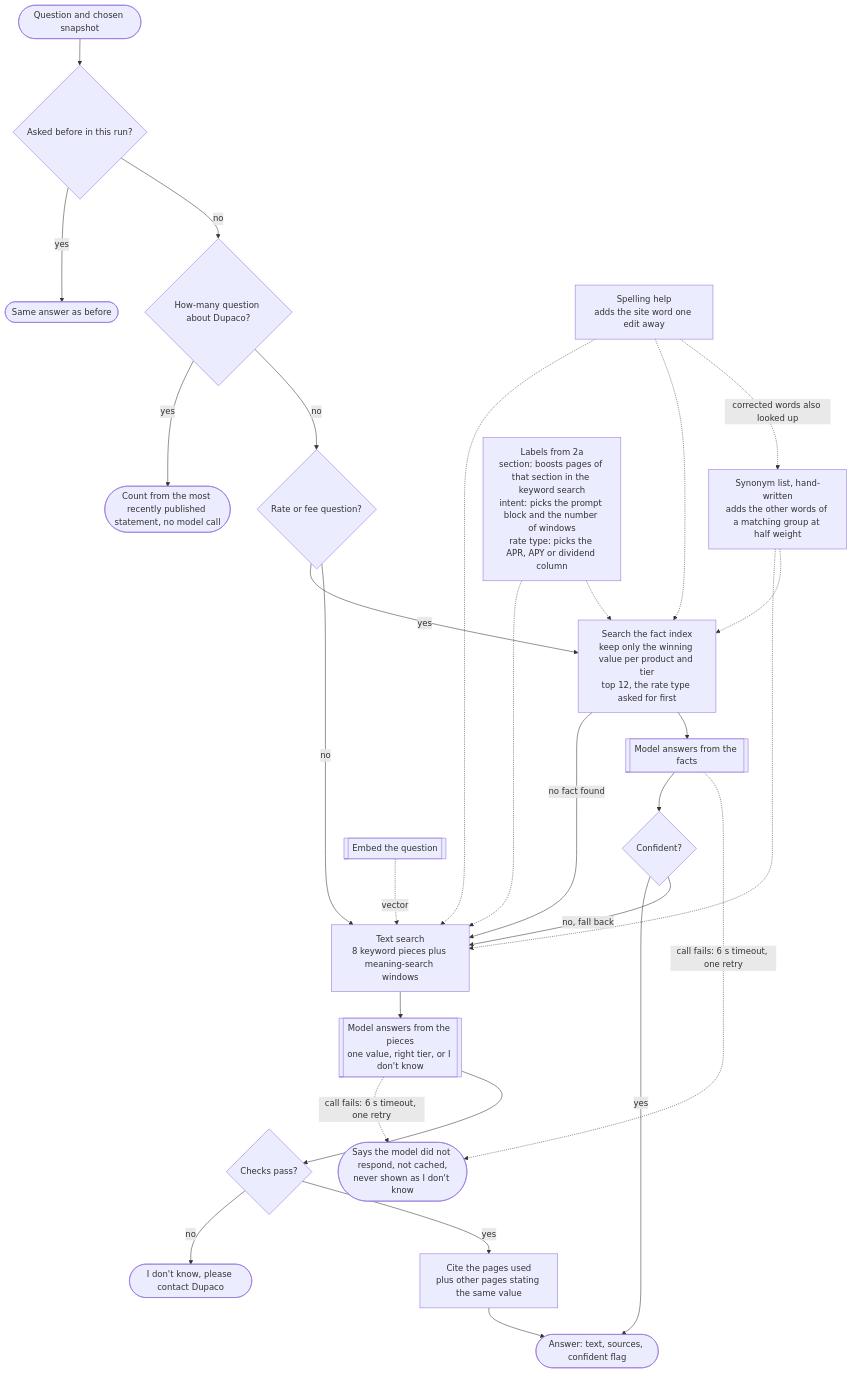
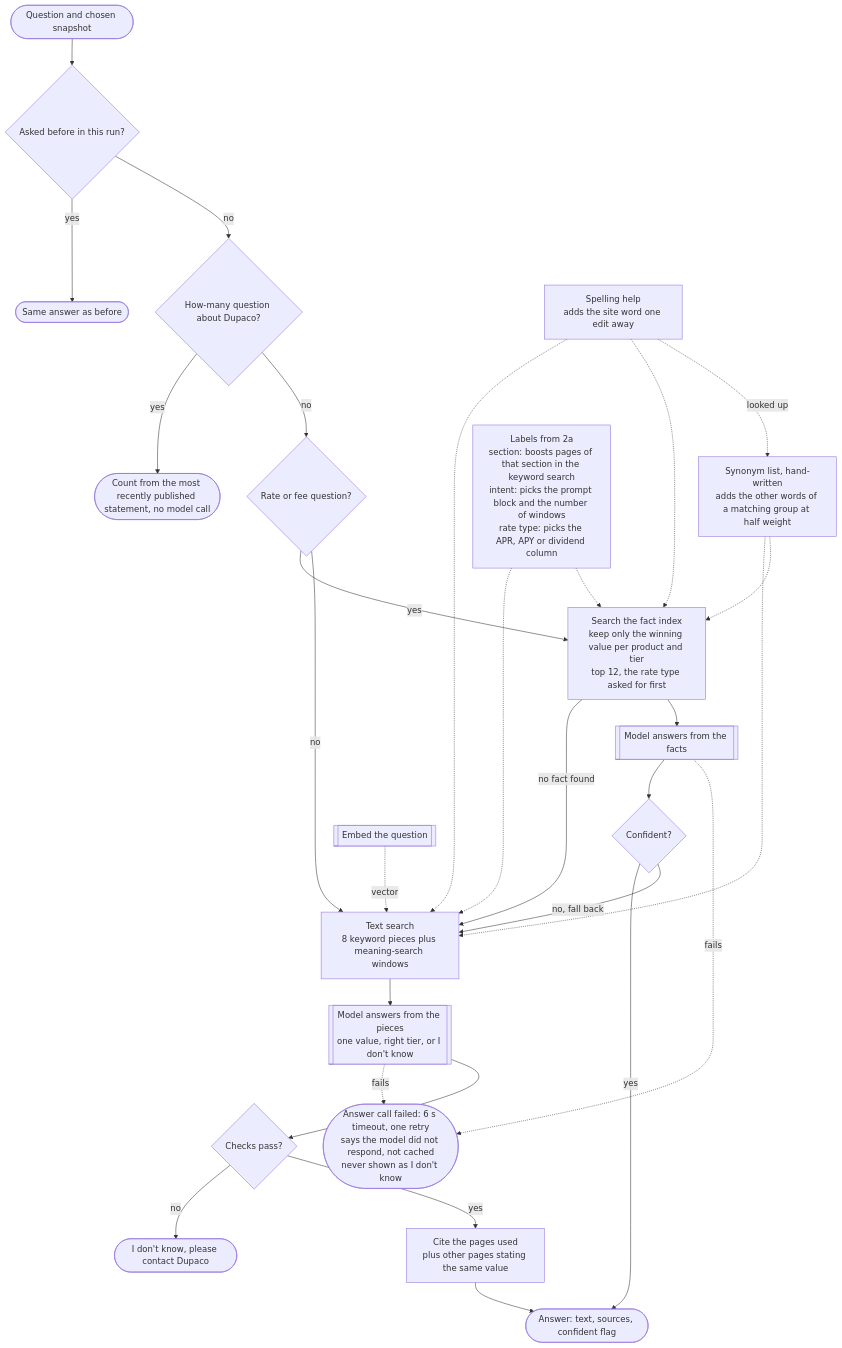
One commit to ajayp/interface-submission changed the third of 4 diagrams in workflow.md. Above: the diagram before and after it, drawn with Mermaid. The commit also changed other lines of this file and 1 other file, not shown here.

Commit message:
Docs: shorten long Mermaid edge labels in workflow.md and README.md
Markdown only. Edge labels longer than about 20 characters were clipped
when rendered ("call fails: 6 s timeout, one r"). Each label is now short and
the detail moved into the node it points to.

workflow.md
- Labels-call failure edge: "fails"; detail in the NOLAB node.
- Answer-call failure edges: "fails"; detail (6 s timeout, one retry) in the ERR node.
- Spelling help to synonym list edge: "looked up".
- Embedding failure edge: "no key or error"; detail in the OFF node.

README.md
- "the site does not say" edge shortened to "not on the site".

````diff
--- a/workflow.md
+++ b/workflow.md
@@ -77,32 +77,32 @@
 ```mermaid
 flowchart TD
     START([Question and chosen snapshot]) --> CACHE{Asked before in this run?}
     CACHE -- yes --> SAME([Same answer as before])
     CACHE -- no --> CNT{How-many question about Dupaco?}
     CNT -- yes --> CNTA([Count from the most recently published statement, no model call])
     CNT -- no --> VAL{Rate or fee question?}
 
     VAL -- yes --> FH[Search the fact index<br/>keep only the winning value per product and tier<br/>top 12, the rate type asked for first]
     FH -- no fact found --> TXT
     FH --> FANS[[Model answers from the facts]]
     FANS --> FOK{Confident?}
     FOK -- yes --> OUT
     FOK -- no, fall back --> TXT
 
     VAL -- no --> TXT[Text search<br/>8 keyword pieces plus meaning-search windows]
     EMB[[Embed the question]] -.vector.-> TXT
     SP[Spelling help<br/>adds the site word one edit away] -.-> TXT
     SP -.-> FH
     SYN[Synonym list, hand-written<br/>adds the other words of a matching group at half weight] -.-> TXT
     SYN -.-> FH
     LBL[Labels from 2a<br/>section: boosts pages of that section in the keyword search<br/>intent: picks the prompt block and the number of windows<br/>rate type: picks the APR, APY or dividend column] -.-> TXT
     LBL -.-> FH
-    SP -.corrected words also looked up.-> SYN
+    SP -.looked up.-> SYN
     TXT --> TANS[[Model answers from the pieces<br/>one value, right tier, or I don't know]]
-    FANS -. call fails: 6 s timeout, one retry .-> ERR
-    TANS -. call fails: 6 s timeout, one retry .-> ERR([Says the model did not respond, not cached,<br/>never shown as I don't know])
+    FANS -. fails .-> ERR
+    TANS -. fails .-> ERR([Answer call failed: 6 s timeout, one retry<br/>says the model did not respond, not cached<br/>never shown as I don't know])
     TANS --> CHECK{Checks pass?}
     CHECK -- no --> IDK2([I don't know, please contact Dupaco])
     CHECK -- yes --> CITE[Cite the pages used<br/>plus other pages stating the same value]
     CITE --> OUT([Answer: text, sources, confident flag])
 ```
````
